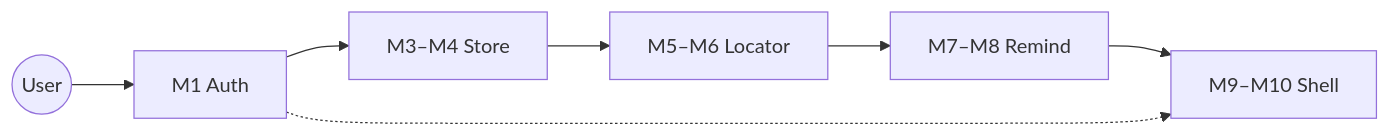
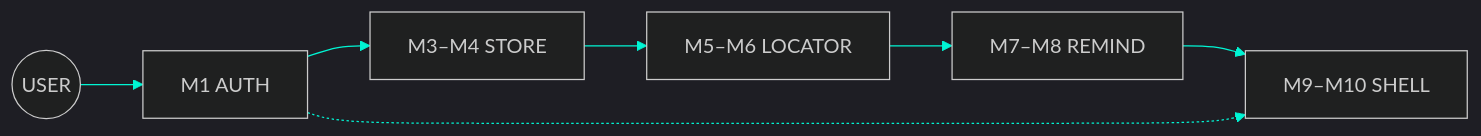
The first of 5 diagrams in README.md (ratnsharma21/MediFinder), drawn with Mermaid before and after one commit. The commit also changed other lines of this file, not shown here.

````diff
--- a/README.md
+++ b/README.md
@@ -173,9 +182,10 @@
 ```mermaid
+%%{init: {'theme':'dark','themeVariables': {'primaryColor':'#0f766e','primaryTextColor':'#ccfbf1','lineColor':'#00f5d4','secondaryColor':'#1e1b4b','tertiaryColor':'#020617','fontFamily':'JetBrains Mono'}}}%%
 flowchart LR
-  A((User)) --> B[M1 Auth]
-  B --> C[M3–M4 Store]
-  C --> D[M5–M6 Locator]
-  D --> E[M7–M8 Remind]
-  E --> F[M9–M10 Shell]
+  A((USER)) --> B[M1 AUTH]
+  B --> C[M3–M4 STORE]
+  C --> D[M5–M6 LOCATOR]
+  D --> E[M7–M8 REMIND]
+  E --> F[M9–M10 SHELL]
   B -.-> F
 ```
````
